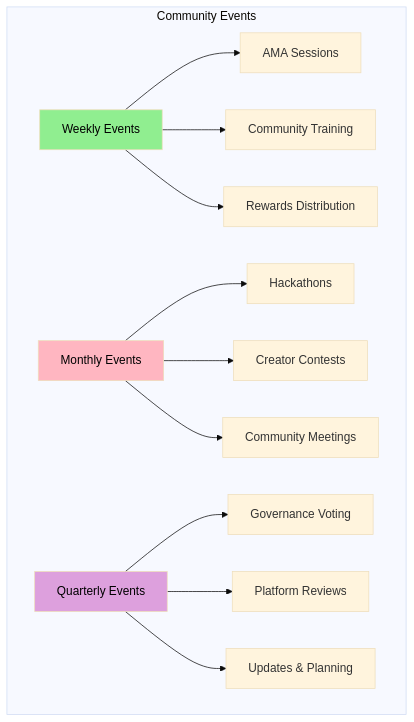
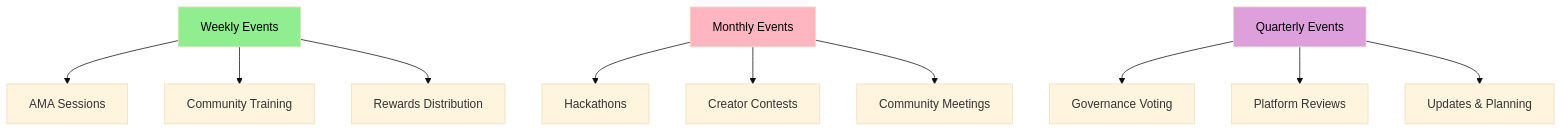
The fifth of 18 diagrams in docs/whitepaper/community-ecosystem.md (MEMEFANS/memefans), drawn with Mermaid (base theme) before and after one commit. The commit also changed other lines of this file, not shown here.

Commit message:
fix: simplify mermaid diagrams by removing subgraphs

````diff
--- a/docs/whitepaper/community-ecosystem.md
+++ b/docs/whitepaper/community-ecosystem.md
@@ -99,20 +87,18 @@
 ```mermaid
 graph TD
-    subgraph Community Events
-        WE[Weekly Events] --> AMA[AMA Sessions]
-        WE --> CT[Community Training]
-        WE --> RW[Rewards Distribution]
-        
-        ME[Monthly Events] --> HC[Hackathons]
-        ME --> CC[Creator Contests]
-        ME --> CM[Community Meetings]
-        
-        QE[Quarterly Events] --> GV[Governance Voting]
-        QE --> PR[Platform Reviews]
-        QE --> UP[Updates & Planning]
-    end
+    WE[Weekly Events] --> AMA[AMA Sessions]
+    WE --> CT[Community Training]
+    WE --> RW[Rewards Distribution]
+    
+    ME[Monthly Events] --> HC[Hackathons]
+    ME --> CC[Creator Contests]
+    ME --> CM[Community Meetings]
+    
+    QE[Quarterly Events] --> GV[Governance Voting]
+    QE --> PR[Platform Reviews]
+    QE --> UP[Updates & Planning]
     
     style WE fill:#90EE90,color:#000000
     style ME fill:#FFB6C1,color:#000000
     style QE fill:#DDA0DD,color:#000000
 ```
````
